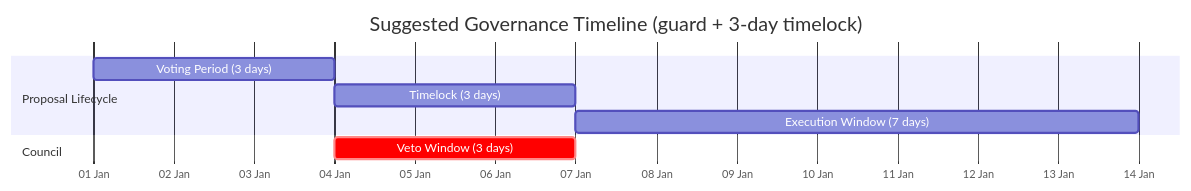
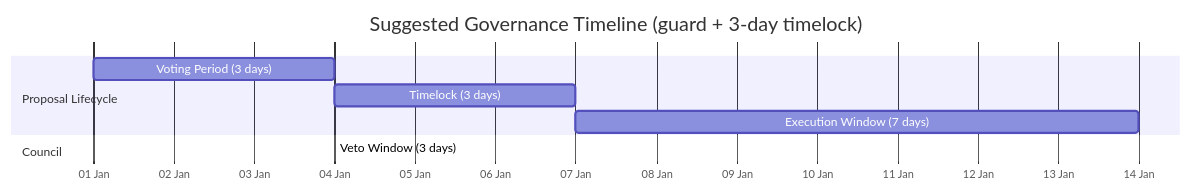
One commit to lisandrasilva/shutter-security-council changed the second of 2 diagrams in docs/GOVERNANCE_PARAMETERS.md. Above: the diagram before and after it, drawn with Mermaid. The commit also changed 1 other file, not shown here.

Commit message:
docs: add documentation index to README and fix governance parameters chart
- Add Documentation Index table to README linking all docs
- Fix stray character in mermaid gantt chart

````diff
--- a/docs/GOVERNANCE_PARAMETERS.md
+++ b/docs/GOVERNANCE_PARAMETERS.md
@@ -58,14 +58,14 @@
 ```mermaid
 gantt
     title Suggested Governance Timeline (guard + 3-day timelock)
     dateFormat YYYY-MM-DD
     axisFormat %d %b
 
     section Proposal Lifecycle
     Voting Period (3 days)           :vote, 2025-01-01, 3d
     Timelock (3 days)                :timelock, after vote, 3d
     Execution Window (7 days)        :exec, after timelock, 7d
 
     section Council
-    Veto Window (3 days)             :crit, veto, after vote, 3d
+    Veto Window (3 days)             :crit, veto, after vote, 3du
 ```
````
